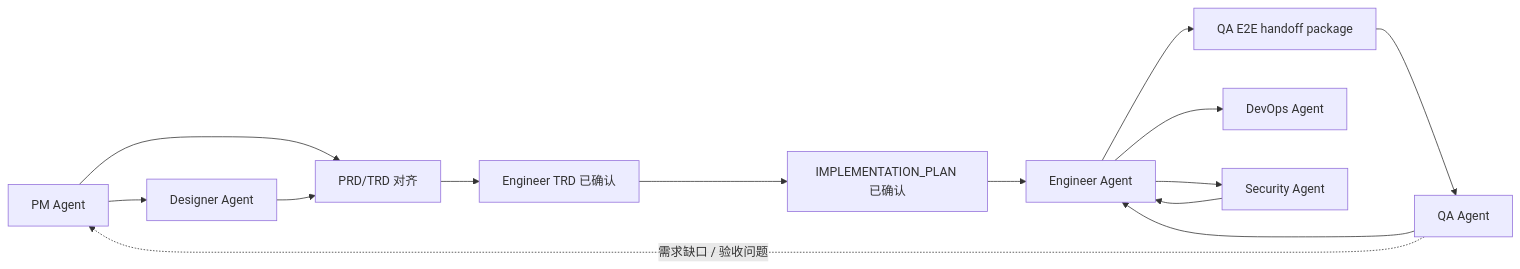
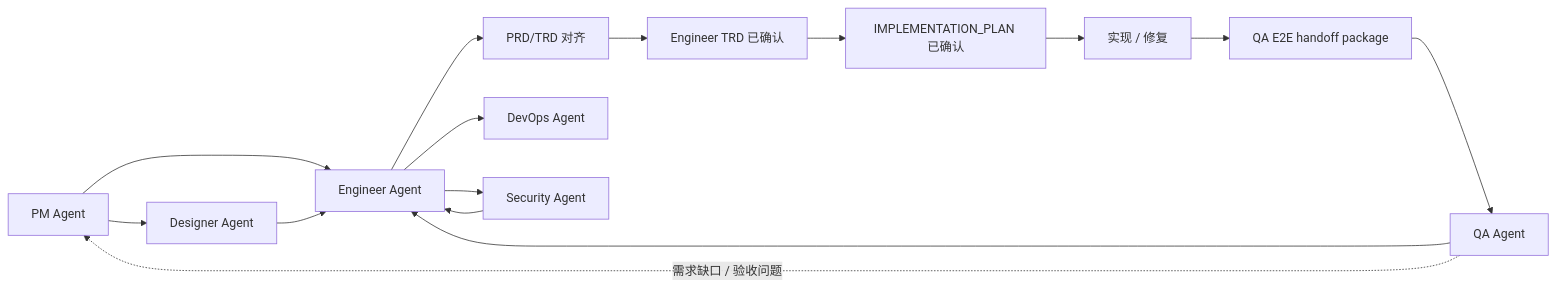
The diagram in README_zh.md (Neplich/dev-agent-skills), drawn with Mermaid before and after one commit. The commit also changed other lines of this file and 2 other files, not shown here.

Commit message:
docs: 修正 README 协作流程图入口
修复 review 指出的流程方向问题：Engineer Agent 先接收 PM/Designer 入口，再展开 PRD/TRD 对齐、TRD 确认、实施计划确认和 QA E2E handoff。同步更新中英文 README 和实施计划目标图。

````diff
--- a/README_zh.md
+++ b/README_zh.md
@@ -52,16 +52,17 @@
 ```mermaid
 flowchart LR
     PM["PM Agent"] --> Designer["Designer Agent"]
-    PM --> Align["PRD/TRD 对齐"]
-    Designer --> Align
+    PM --> Engineer["Engineer Agent"]
+    Designer --> Engineer
+    Engineer --> Align["PRD/TRD 对齐"]
     Align --> TRD["Engineer TRD 已确认"]
     TRD --> Plan["IMPLEMENTATION_PLAN 已确认"]
-    Plan --> Engineer["Engineer Agent"]
-    Engineer --> QAHandOff["QA E2E handoff package"]
+    Plan --> Impl["实现 / 修复"]
+    Impl --> QAHandOff["QA E2E handoff package"]
     QAHandOff --> QA["QA Agent"]
     QA --> Engineer
     QA -. "需求缺口 / 验收问题" .-> PM
     Engineer --> DevOps["DevOps Agent"]
     Engineer --> Security["Security Agent"]
     Security --> Engineer
 ```
````
